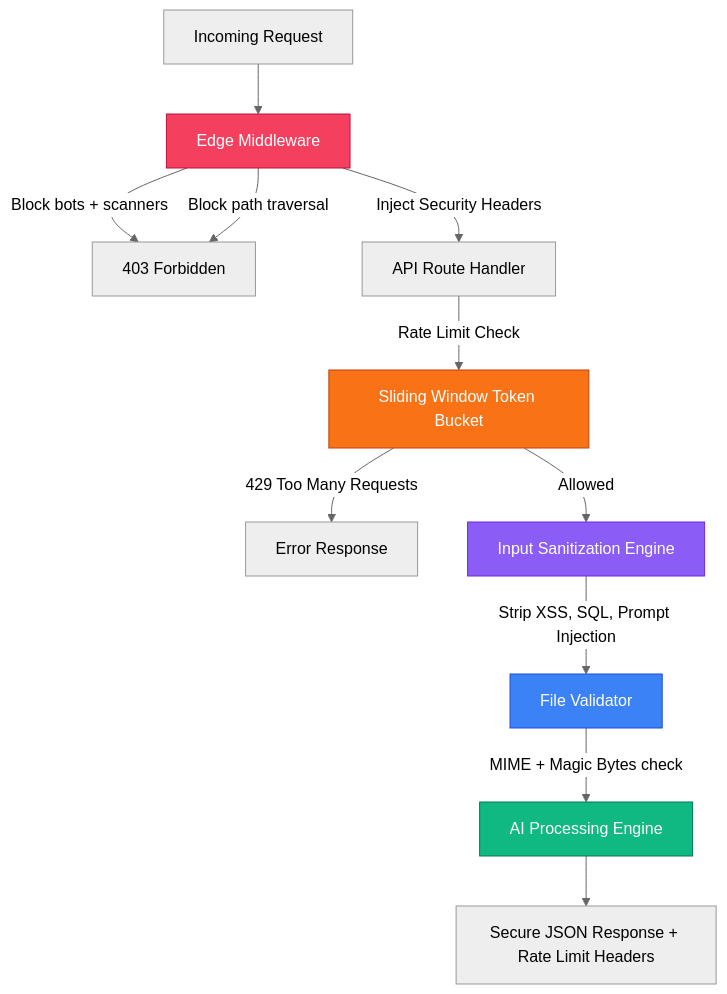
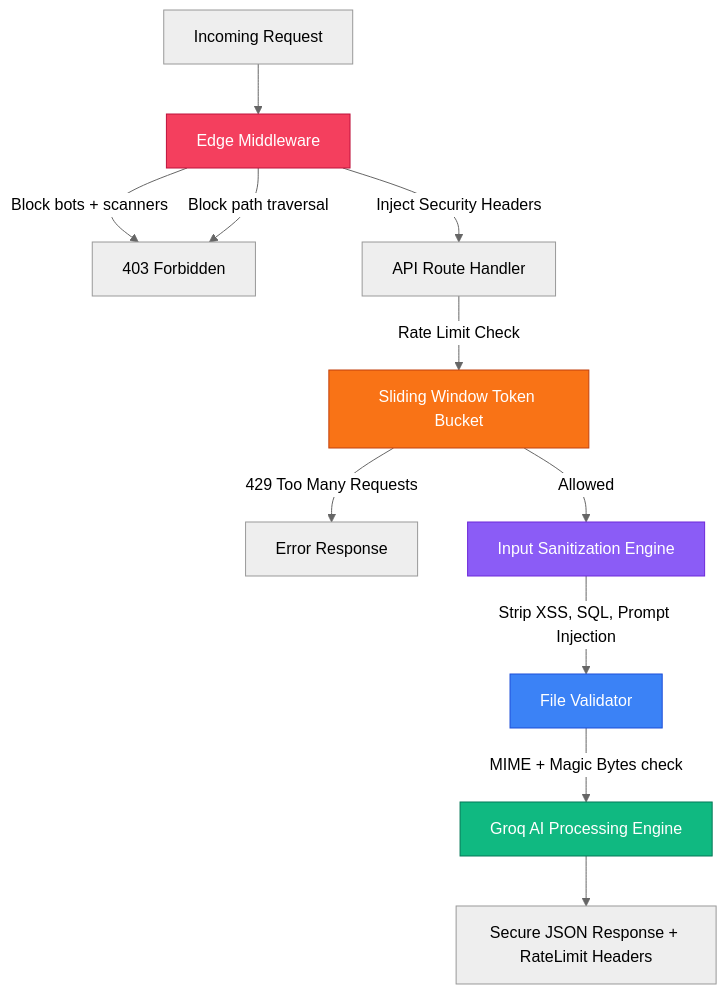
Before and after one commit to a-zax/ArtPark_team_monikabhati2005: the third of 3 diagrams in README.md, drawn with Mermaid (neutral theme). The commit also changed other lines of this file and 1 other file, not shown here.

````diff
--- a/README.md
+++ b/README.md
@@ -123,19 +155,19 @@
 ```mermaid
 graph TD
     REQ[Incoming Request] --> MW[Edge Middleware]
     MW -->|Block bots + scanners| BLK[403 Forbidden]
     MW -->|Block path traversal| BLK
     MW -->|Inject Security Headers| NEXT[API Route Handler]
     NEXT -->|Rate Limit Check| RATE[Sliding Window Token Bucket]
     RATE -->|429 Too Many Requests| ERR[Error Response]
     RATE -->|Allowed| SAN[Input Sanitization Engine]
     SAN -->|Strip XSS, SQL, Prompt Injection| FVAL[File Validator]
-    FVAL -->|MIME + Magic Bytes check| PROC[AI Processing Engine]
-    PROC --> RES[Secure JSON Response + Rate Limit Headers]
+    FVAL -->|MIME + Magic Bytes check| PROC[Groq AI Processing Engine]
+    PROC --> RES[Secure JSON Response + RateLimit Headers]
 
     style MW fill:#f43f5e,stroke:#be123c,color:#fff
     style RATE fill:#f97316,stroke:#c2410c,color:#fff
     style SAN fill:#8b5cf6,stroke:#6d28d9,color:#fff
     style FVAL fill:#3b82f6,stroke:#1d4ed8,color:#fff
     style PROC fill:#10b981,stroke:#047857,color:#fff
 ```
````
